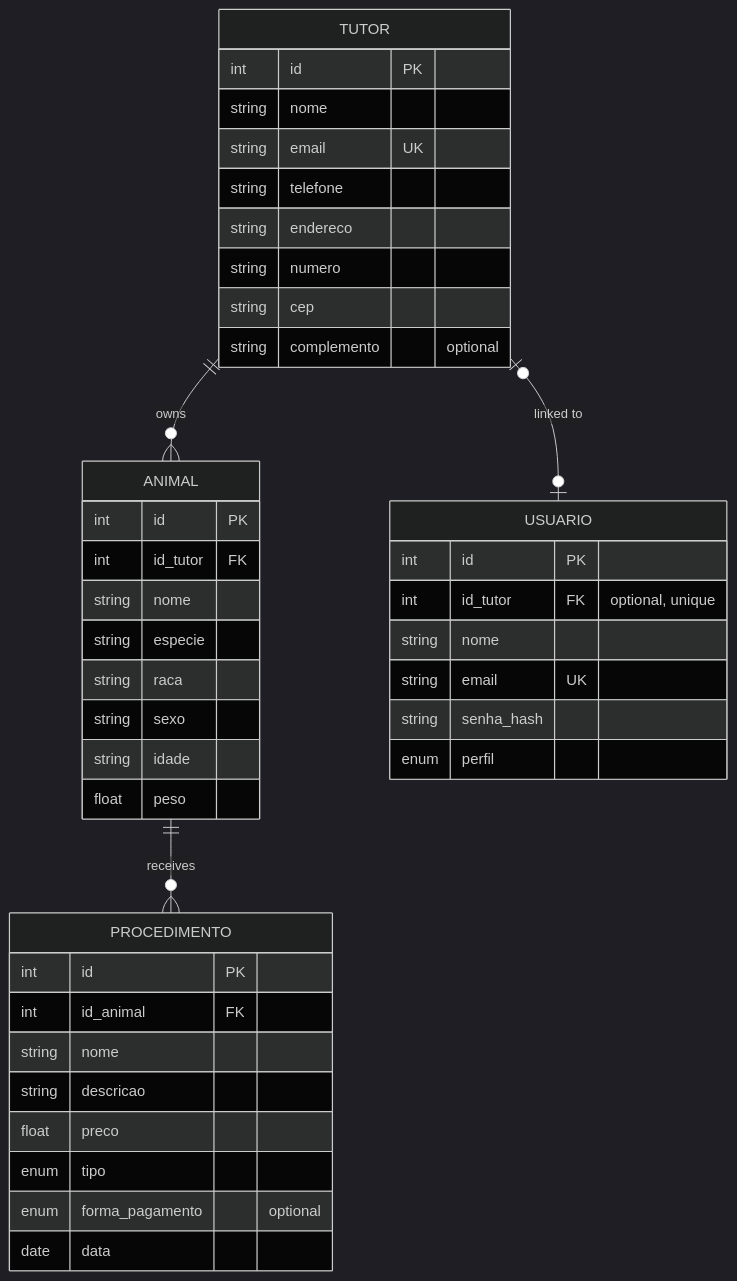
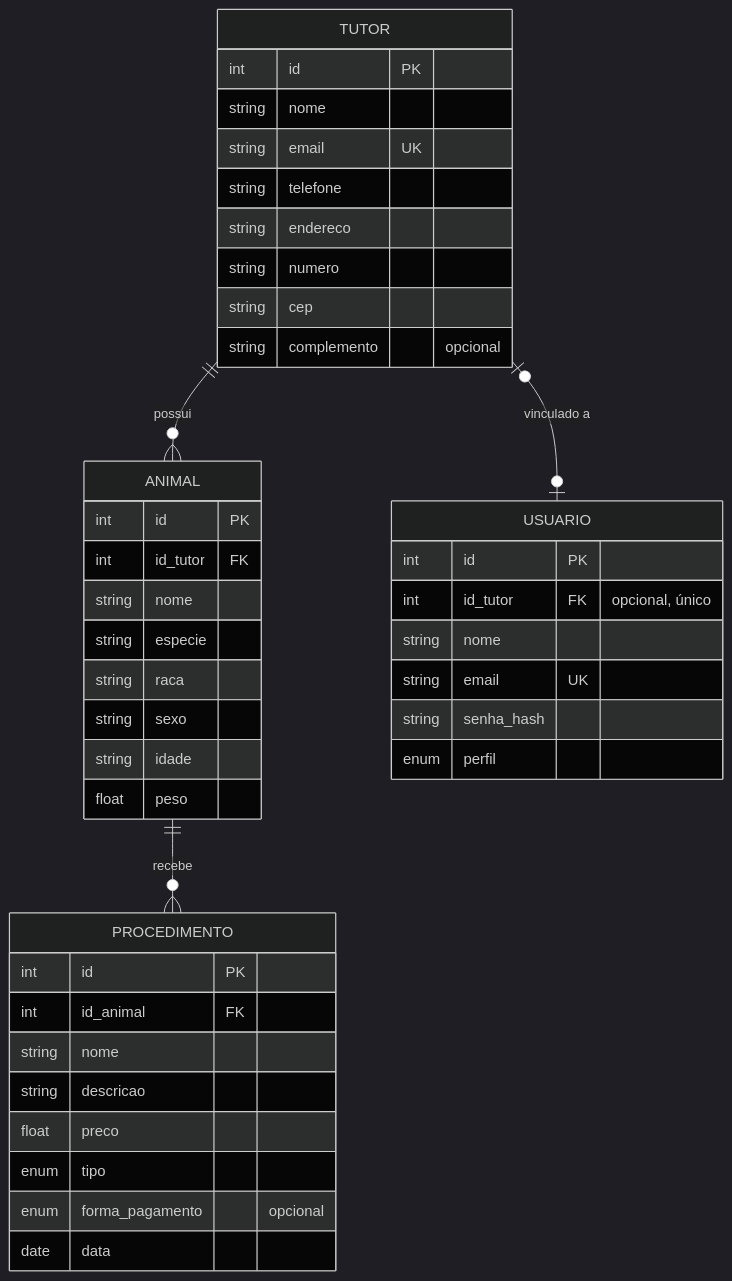
Before and after one commit to 0xluangabriel/vetsys-api: the diagram in README.md, drawn with Mermaid (dark theme). The commit also changed other lines of this file, not shown here.

````diff
--- a/README.md
+++ b/README.md
@@ -53,45 +49,45 @@
 ```mermaid
 erDiagram
-    TUTOR ||--o{ ANIMAL : owns
-    ANIMAL ||--o{ PROCEDIMENTO : receives
-    TUTOR |o--o| USUARIO : "linked to"
+    TUTOR ||--o{ ANIMAL : possui
+    ANIMAL ||--o{ PROCEDIMENTO : recebe
+    TUTOR |o--o| USUARIO : "vinculado a"
 
     TUTOR {
         int id PK
         string nome
         string email UK
         string telefone
         string endereco
         string numero
         string cep
-        string complemento "optional"
+        string complemento "opcional"
     }
     ANIMAL {
         int id PK
         int id_tutor FK
         string nome
         string especie
         string raca
         string sexo
         string idade
         float peso
     }
     PROCEDIMENTO {
         int id PK
         int id_animal FK
         string nome
         string descricao
         float preco
         enum tipo
-        enum forma_pagamento "optional"
+        enum forma_pagamento "opcional"
         date data
     }
     USUARIO {
         int id PK
-        int id_tutor FK "optional, unique"
+        int id_tutor FK "opcional, único"
         string nome
         string email UK
         string senha_hash
         enum perfil
     }
 ```
````
